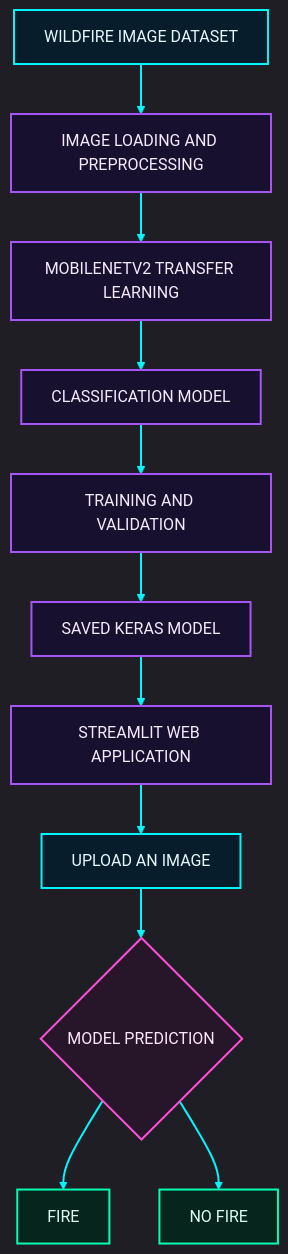
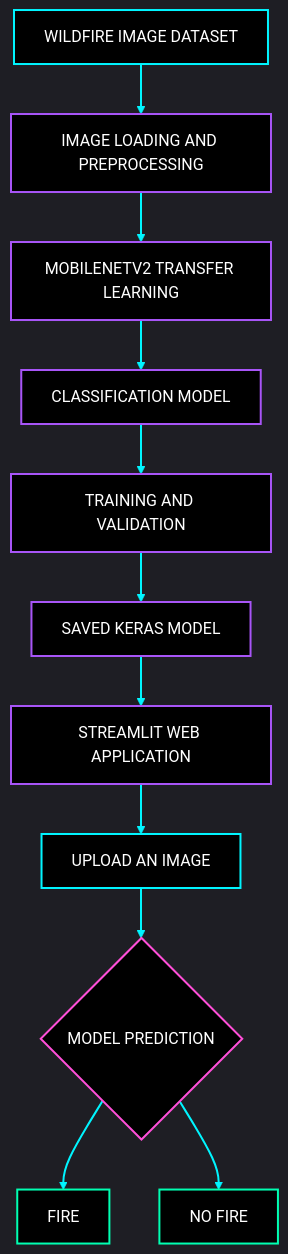
The first of 2 diagrams in README.md (govardhan-goud123/Wildfire_Detection), drawn with Mermaid before and after one commit. The commit also changed other lines of this file, not shown here.

````diff
--- a/README.md
+++ b/README.md
@@ -41,26 +41,26 @@
 ```mermaid
-%%{init: {"theme":"dark","themeVariables":{"background":"#050816","primaryColor":"#111827","primaryTextColor":"#E5F7FF","primaryBorderColor":"#00F5FF","lineColor":"#A855F7","secondaryColor":"#10152A","tertiaryColor":"#0B1220","edgeLabelBackground":"#050816","fontFamily":"monospace"}}}%%
+%%{init: {"theme":"dark","themeVariables":{"background":"#000000","primaryColor":"#050505","primaryTextColor":"#FFFFFF","primaryBorderColor":"#00F5FF","lineColor":"#A855F7","secondaryColor":"#080808","tertiaryColor":"#000000","edgeLabelBackground":"#000000","fontFamily":"monospace"}}}%%
 flowchart TD
     A["WILDFIRE IMAGE DATASET"] --> B["IMAGE LOADING AND PREPROCESSING"]
     B --> C["MOBILENETV2 TRANSFER LEARNING"]
     C --> D["CLASSIFICATION MODEL"]
     D --> E["TRAINING AND VALIDATION"]
     E --> F["SAVED KERAS MODEL"]
     F --> G["STREAMLIT WEB APPLICATION"]
     G --> H["UPLOAD AN IMAGE"]
     H --> I{"MODEL PREDICTION"}
     I --> J["FIRE"]
     I --> K["NO FIRE"]
 
-    classDef input fill:#071D2B,stroke:#00F5FF,color:#E5F7FF,stroke-width:2px
-    classDef processing fill:#17102E,stroke:#A855F7,color:#F5E9FF,stroke-width:2px
-    classDef output fill:#06251D,stroke:#00FFB2,color:#D7FFF2,stroke-width:2px
-    classDef decision fill:#27162A,stroke:#FF4FD8,color:#FFE5FA,stroke-width:2px
+    classDef input fill:#000000,stroke:#00F5FF,color:#FFFFFF,stroke-width:2px
+    classDef processing fill:#000000,stroke:#A855F7,color:#FFFFFF,stroke-width:2px
+    classDef output fill:#000000,stroke:#00FFB2,color:#FFFFFF,stroke-width:2px
+    classDef decision fill:#000000,stroke:#FF4FD8,color:#FFFFFF,stroke-width:2px
 
     class A,H input
     class B,C,D,E,F,G processing
     class I decision
     class J,K output
 
     linkStyle default stroke:#00F5FF,stroke-width:2px
 ```
````
